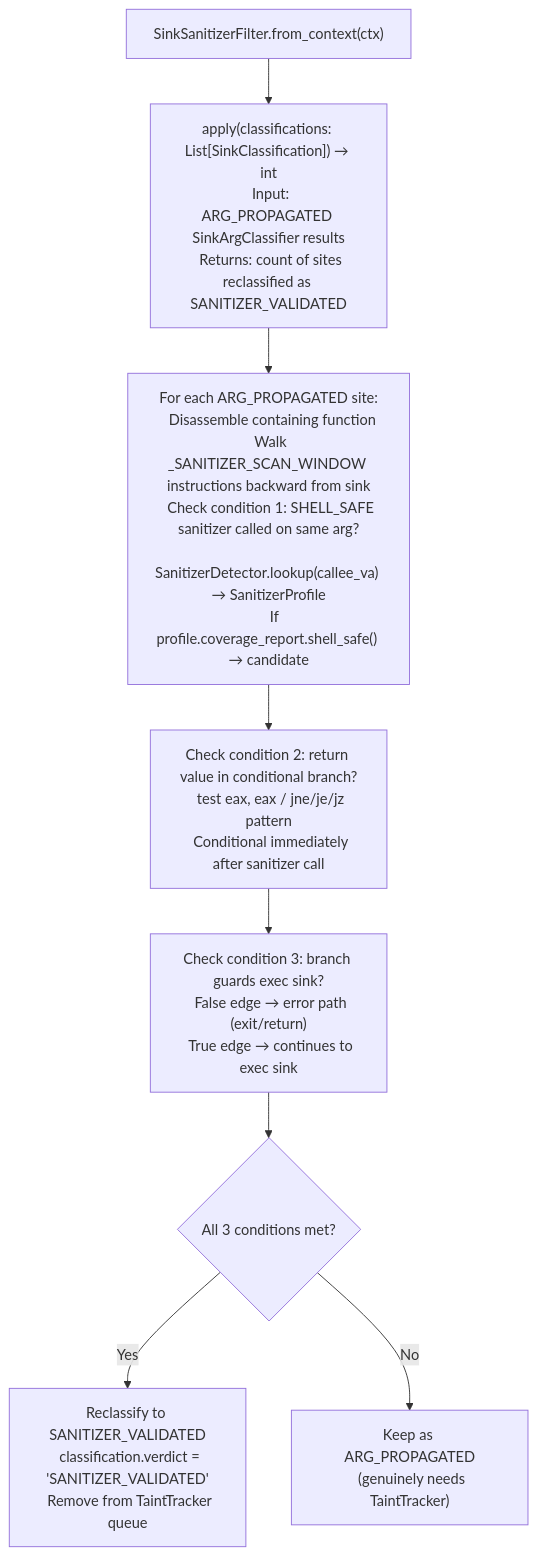
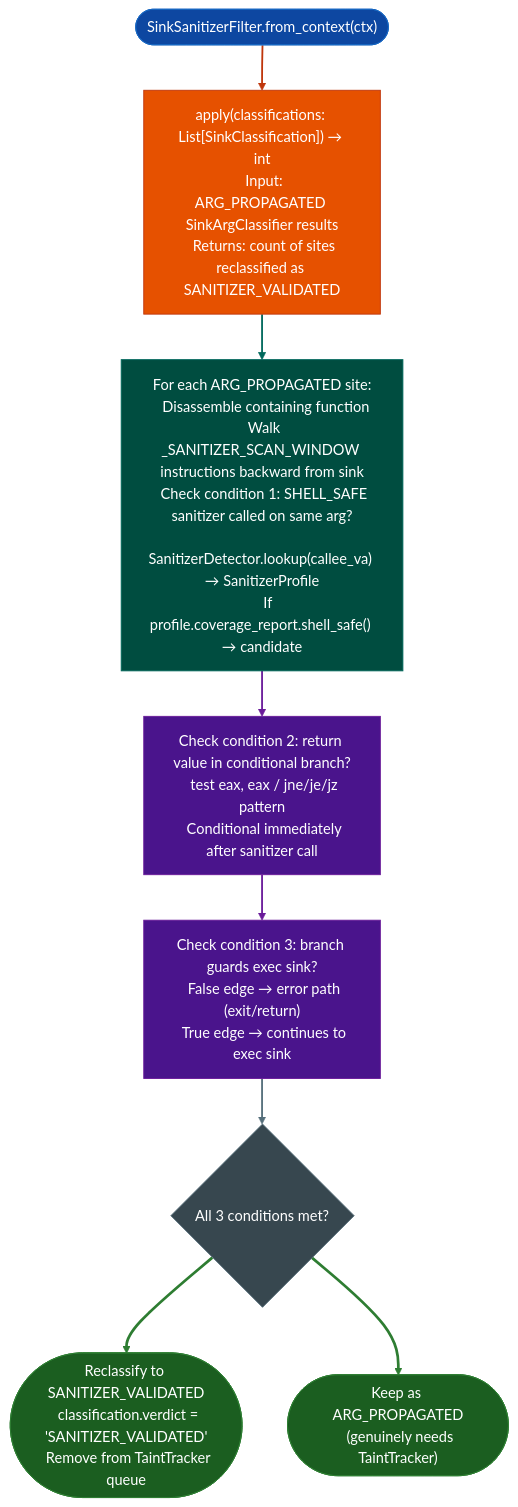
Before and after one commit to Ablation-Tool/ablation: the diagram in docs/reference-modules/sanitizer-gated-sink-filtering.md, drawn with Mermaid. The commit also changed 320 other files, not shown here.

First line of the commit message:
docs: apply canonical Mermaid template to all 321 diagrams

````diff
--- a/docs/reference-modules/sanitizer-gated-sink-filtering.md
+++ b/docs/reference-modules/sanitizer-gated-sink-filtering.md
@@ -19,10 +19,23 @@
 ```mermaid
 flowchart TD
-    A["SinkSanitizerFilter.from_context(ctx)"] --> B["apply(classifications: List[SinkClassification]) → int\n  Input: ARG_PROPAGATED SinkArgClassifier results\n  Returns: count of sites reclassified as SANITIZER_VALIDATED"]
-    B --> C["For each ARG_PROPAGATED site:\n  Disassemble containing function\n  Walk _SANITIZER_SCAN_WINDOW instructions backward from sink\n  Check condition 1: SHELL_SAFE sanitizer called on same arg?\n    SanitizerDetector.lookup(callee_va) → SanitizerProfile\n    If profile.coverage_report.shell_safe() → candidate"]
-    C --> D["Check condition 2: return value in conditional branch?\n  test eax, eax / jne/je/jz pattern\n  Conditional immediately after sanitizer call"]
-    D --> E["Check condition 3: branch guards exec sink?\n  False edge → error path (exit/return)\n  True edge → continues to exec sink"]
-    E --> F{"All 3 conditions met?"}
-    F -- Yes --> G["Reclassify to SANITIZER_VALIDATED\n  classification.verdict = 'SANITIZER_VALIDATED'\n  Remove from TaintTracker queue"]
-    F -- No --> H["Keep as ARG_PROPAGATED\n  (genuinely needs TaintTracker)"]
+    A(["SinkSanitizerFilter.from_context(ctx)"]):::input --> B["apply(classifications: List[SinkClassification]) → int\n  Input: ARG_PROPAGATED SinkArgClassifier results\n  Returns: count of sites reclassified as SANITIZER_VALIDATED"]:::primary
+    B:::primary --> C["For each ARG_PROPAGATED site:\n  Disassemble containing function\n  Walk _SANITIZER_SCAN_WINDOW instructions backward from sink\n  Check condition 1: SHELL_SAFE sanitizer called on same arg?\n    SanitizerDetector.lookup(callee_va) → SanitizerProfile\n    If profile.coverage_report.shell_safe() → candidate"]:::secondary
+    C:::secondary --> D["Check condition 2: return value in conditional branch?\n  test eax, eax / jne/je/jz pattern\n  Conditional immediately after sanitizer call"]:::tertiary
+    D:::tertiary --> E["Check condition 3: branch guards exec sink?\n  False edge → error path (exit/return)\n  True edge → continues to exec sink"]:::tertiary
+    E:::tertiary --> F{"All 3 conditions met?"}:::neutral
+    F:::neutral --> G(["Reclassify to SANITIZER_VALIDATED\n  classification.verdict = 'SANITIZER_VALIDATED'\n  Remove from TaintTracker queue"]):::output
+    F:::neutral --> H(["Keep as ARG_PROPAGATED\n  (genuinely needs TaintTracker)"]):::output
+    classDef input     fill:#0d47a1,stroke:#1565c0,color:#fff
+    classDef primary   fill:#e65100,stroke:#bf360c,color:#fff
+    classDef secondary fill:#004d40,stroke:#00695c,color:#fff
+    classDef tertiary  fill:#4a148c,stroke:#6a1b9a,color:#fff
+    classDef neutral   fill:#37474f,stroke:#546e7a,color:#fff
+    classDef output    fill:#1b5e20,stroke:#2e7d32,color:#fff
+    linkStyle 0 stroke:#bf360c,stroke-width:2px
+    linkStyle 1 stroke:#00695c,stroke-width:2px
+    linkStyle 2 stroke:#6a1b9a,stroke-width:2px
+    linkStyle 3 stroke:#6a1b9a,stroke-width:2px
+    linkStyle 4 stroke:#546e7a,stroke-width:2px
+    linkStyle 5 stroke:#2e7d32,stroke-width:3px
+    linkStyle 6 stroke:#2e7d32,stroke-width:3px
 ```
````
